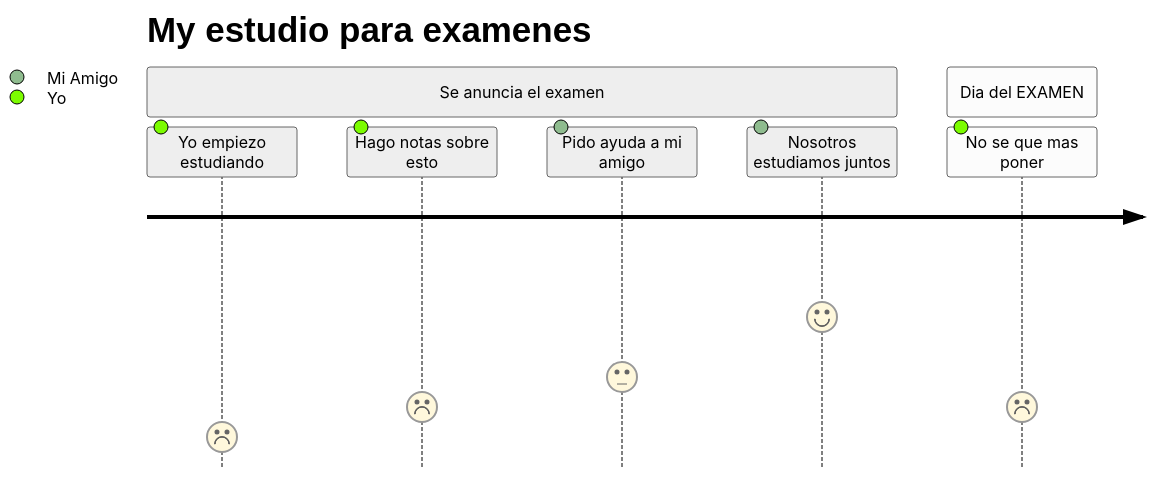
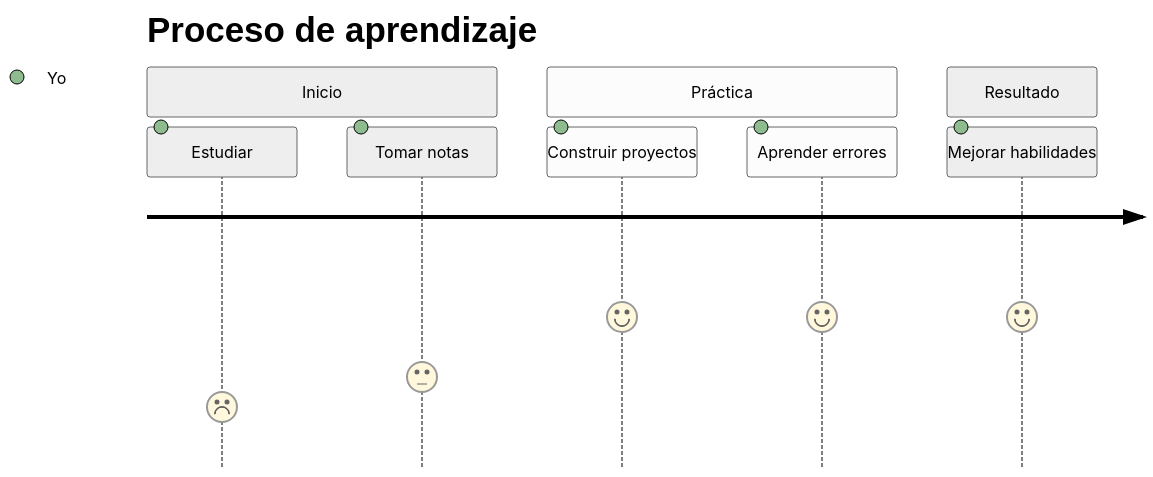
One commit to ortizzzz4/ortizzzz4 changed the second of 2 diagrams in README.md. Above: the diagram before and after it, drawn with Mermaid (neutral theme). The commit also changed other lines of this file, not shown here.

````diff
--- a/README.md
+++ b/README.md
@@ -102,13 +102,12 @@
 ```mermaid
 journey
-  title My estudio para examenes
-  section Se anuncia el examen
-    Yo empiezo estudiando: 1: Yo
-    Hago notas sobre esto: 2: Yo
-    Pido ayuda a mi amigo: 3: Mi Amigo
-    Nosotros estudiamos juntos: 5: Mi Amigo
-  
-  section Dia del EXAMEN
-    No se que mas poner: 2: Yo
-    
+  title Proceso de aprendizaje
+  section Inicio
+    Estudiar: 2: Yo
+    Tomar notas: 3: Yo
+  section Práctica
+    Construir proyectos: 5: Yo
+    Aprender errores: 5: Yo
+  section Resultado
+    Mejorar habilidades: 5: Yo
 ```
````
